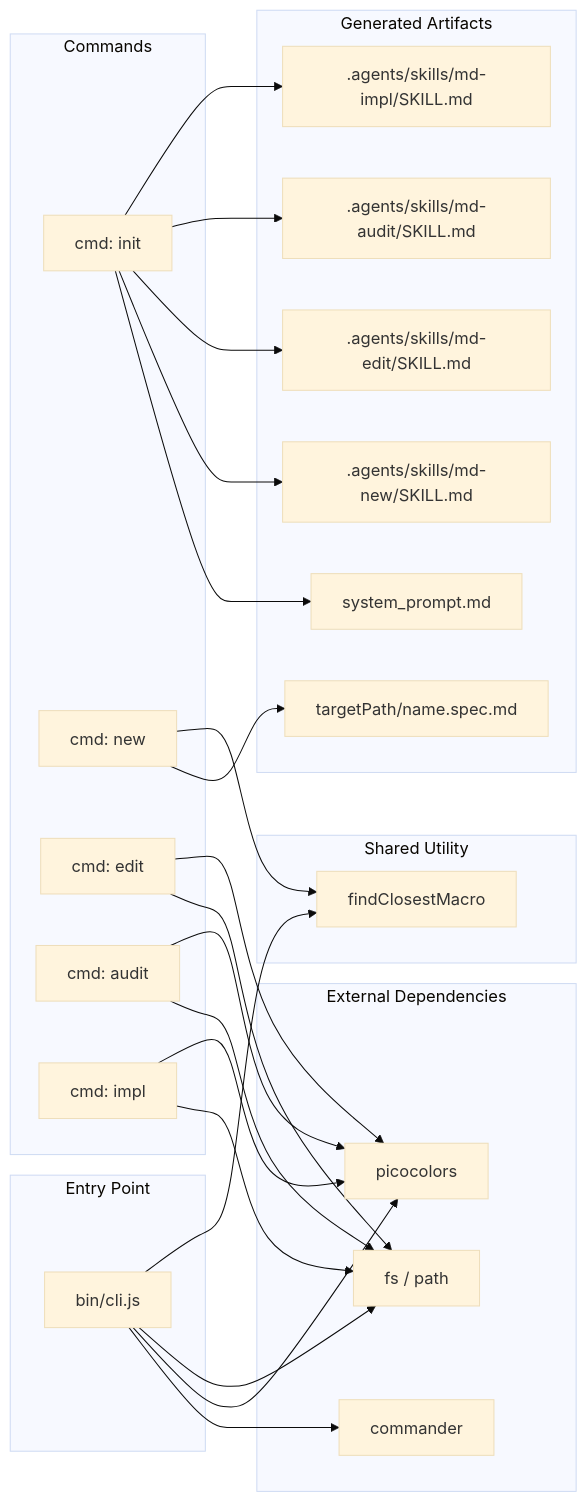
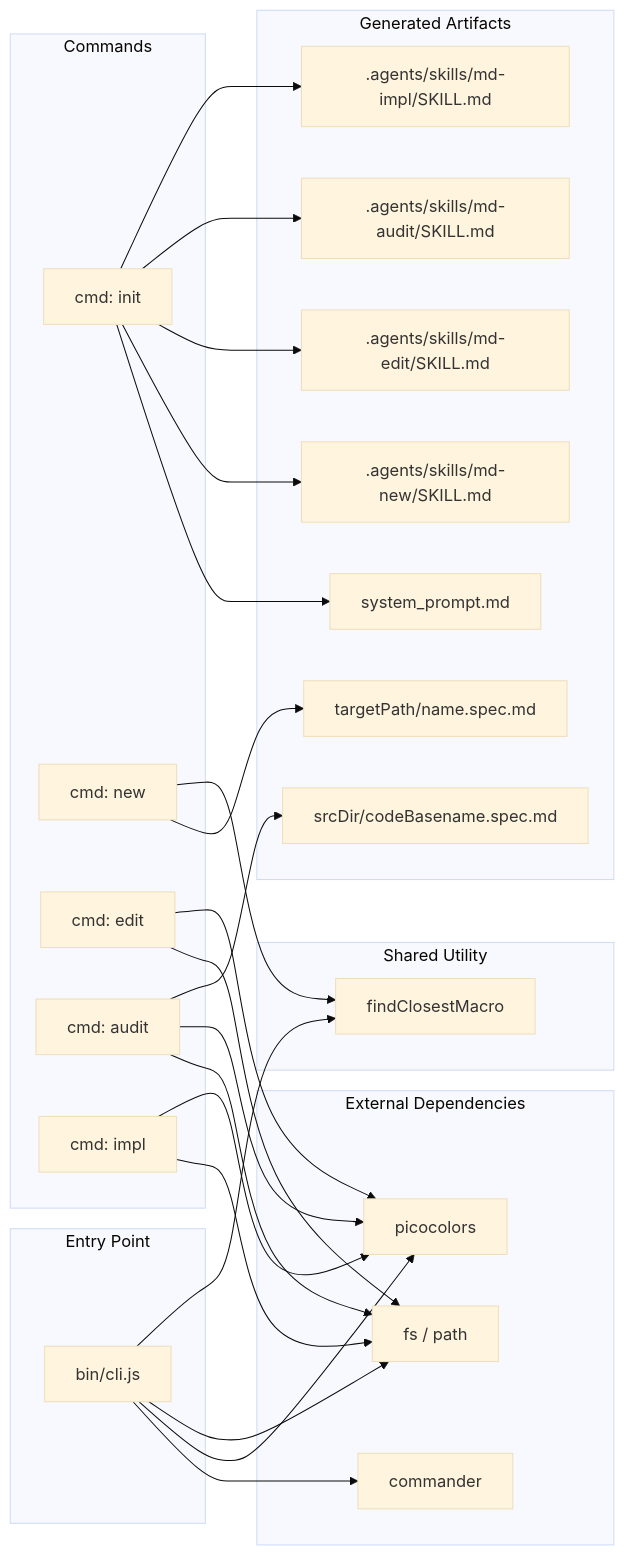
Before and after one commit to JulioCRFilho/mermaid-diagram-driven-development: the second of 2 diagrams in bin/cli.spec.md, drawn with Mermaid (base theme). The commit also changed other lines of this file and 1 other file, not shown here.

Commit message:
feat: enforce co-located spec file creation and update audit instructions

````diff
--- a/bin/cli.spec.md
+++ b/bin/cli.spec.md
@@ -163,55 +181,57 @@
 ```mermaid
 %% @spec-version v1.2.0
 graph LR
     subgraph "Entry Point"
         CLI["bin/cli.js"]
     end
 
     subgraph "External Dependencies"
         CMD[commander]
         PC[picocolors]
         FS[fs / path]
     end
 
     subgraph "Shared Utility"
         FCM[findClosestMacro]
     end
 
     subgraph "Commands"
         INIT[cmd: init]
         NEW[cmd: new]
         EDIT[cmd: edit]
         AUDIT[cmd: audit]
         IMPL[cmd: impl]
     end
 
     subgraph "Generated Artifacts"
         SP[system_prompt.md]
         SK1[.agents/skills/md-new/SKILL.md]
         SK2[.agents/skills/md-edit/SKILL.md]
         SK3[.agents/skills/md-audit/SKILL.md]
         SK4[.agents/skills/md-impl/SKILL.md]
         SPEC[targetPath/name.spec.md]
+        ASPEC[srcDir/codeBasename.spec.md]
     end
 
     CLI --> CMD
     CLI --> PC
     CLI --> FS
     CLI --> FCM
 
     INIT --> SP
     INIT --> SK1
     INIT --> SK2
     INIT --> SK3
     INIT --> SK4
 
     NEW --> SPEC
     NEW --> FCM
 
     AUDIT --> FS
     AUDIT --> PC
+    AUDIT --> ASPEC
     IMPL --> FS
     IMPL --> PC
     EDIT --> FS
     EDIT --> PC
 ```
````
